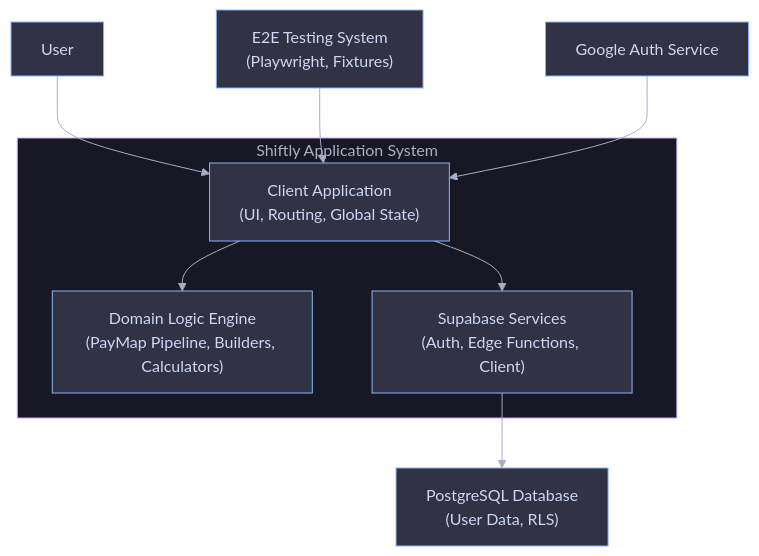
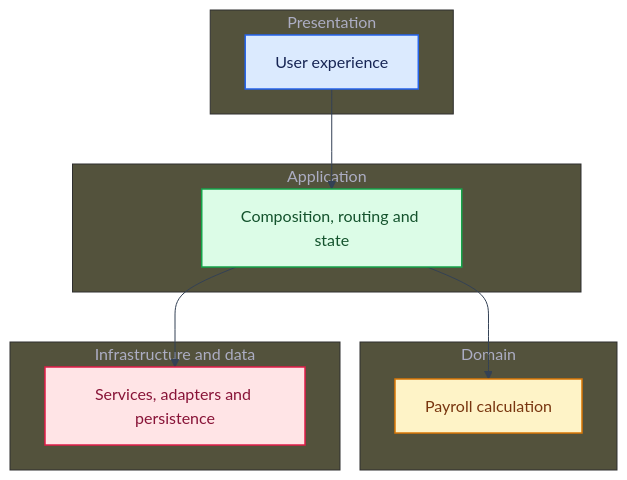
One commit to dmaman86/shiftly changed the first of 5 diagrams in docs/reference/README_HE.md. Above: the diagram before and after it, drawn with Mermaid. The commit also changed other lines of this file and 20 other files, not shown here.

Commit message:
docs: reorganize architecture documentation

````diff
--- a/docs/reference/README_HE.md
+++ b/docs/reference/README_HE.md
@@ -143,37 +129,42 @@
 ```mermaid
 ---
 config:
   theme: base
   themeVariables:
     background: "#1e1e2e"
     primaryColor: "#313244"
     primaryTextColor: "#cdd6f4"
     primaryBorderColor: "#89b4fa"
-    lineColor: "#a6adc8"
-    secondaryColor: "#45475a"
-    secondaryTextColor: "#cdd6f4"
-    clusterBkg: "#181825"
-    clusterBorder: "#cba6f7"
-    edgeLabelBackground: "#1e1e2e"
+    lineColor: "#334155"
+    edgeLabelBackground: "#ffffff"
 ---
-flowchart TB
-    user["User"]
-    e2e["E2E Testing System<br/>(Playwright, Fixtures)"]
+flowchart TD
+  subgraph group_presentation["Presentation"]
+    layer_presentation["User experience"]
+  end
 
-    subgraph shiftly["Shiftly Application System"]
-      client["Client Application<br/>(UI, Routing, Global State)"]
-      domain["Domain Logic Engine<br/>(PayMap Pipeline, Builders, Calculators)"]
-      supabase["Supabase Services<br/>(Auth, Edge Functions, Client)"]
+  subgraph group_application["Application"]
+    layer_application["Composition, routing and state"]
+  end
 
-      client --> domain
-      client --> supabase
-    end
+  subgraph group_domain["Domain"]
+    layer_domain["Payroll calculation"]
+  end
 
-    google["Google Auth Service"]
-    database["PostgreSQL Database<br/>(User Data, RLS)"]
+  subgraph group_data["Infrastructure and data"]
+    layer_data["Services, adapters and persistence"]
+  end
 
-    user --> client
-    e2e --> client
-    google --> client
-    supabase --> database
+  layer_presentation --> layer_application
+  layer_application --> layer_domain
+  layer_application --> layer_data
+
+  classDef toneBlue fill:#dbeafe,stroke:#2563eb,stroke-width:1.5px,color:#172554
+  classDef toneAmber fill:#fef3c7,stroke:#d97706,stroke-width:1.5px,color:#78350f
+  classDef toneMint fill:#dcfce7,stroke:#16a34a,stroke-width:1.5px,color:#14532d
+  classDef toneRose fill:#ffe4e6,stroke:#e11d48,stroke-width:1.5px,color:#881337
+  class layer_presentation toneBlue
+  class layer_application toneMint
+  class layer_domain toneAmber
+  class layer_data toneRose
 ```
````
